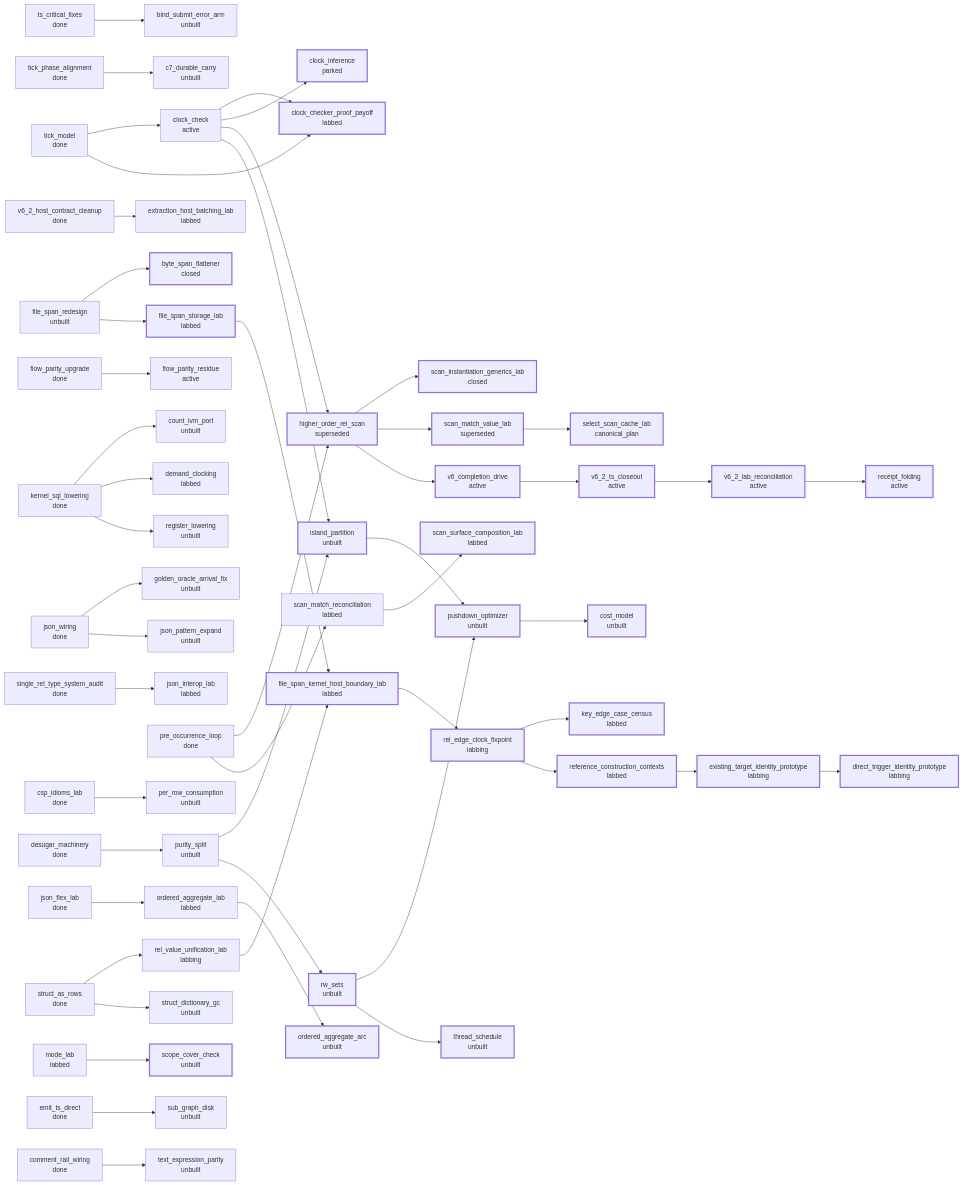
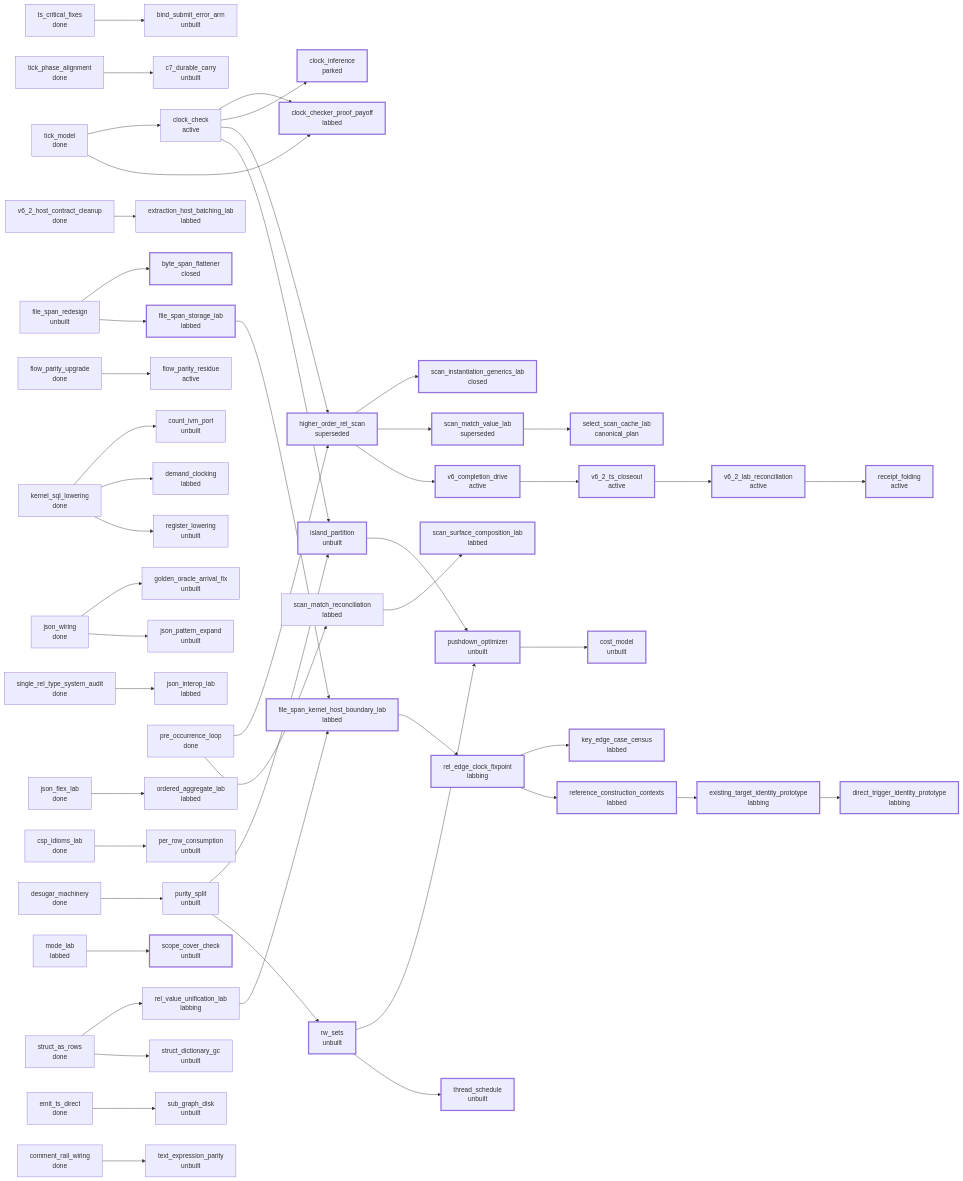
Before and after one commit to hafley66/sprefa: the third of 4 diagrams in v6/ARCH-MAP.md, drawn with Mermaid. The commit also changed other lines of this file and 6 other files, not shown here.

Commit message:
ordered-aggregate arc closed: ledger + ARCH done row, compile-speed baseline (golden grew), justfile expects 182, self-map regenerated

```diff
--- a/v6/ARCH-MAP.md
+++ b/v6/ARCH-MAP.md
@@ -190,7 +194,6 @@
   t_kernel_sql_lowering["kernel_sql_lowering<br/>done"]
   t_key_edge_case_census["key_edge_case_census<br/>labbed"]
   t_mode_lab["mode_lab<br/>labbed"]
-  t_ordered_aggregate_arc["ordered_aggregate_arc<br/>unbuilt"]
   t_ordered_aggregate_lab["ordered_aggregate_lab<br/>labbed"]
   t_per_row_consumption["per_row_consumption<br/>unbuilt"]
   t_pre_occurrence_loop["pre_occurrence_loop<br/>done"]
@@ -246,7 +249,6 @@
   t_kernel_sql_lowering --> t_demand_clocking
   t_kernel_sql_lowering --> t_register_lowering
   t_mode_lab --> t_scope_cover_check
-  t_ordered_aggregate_lab --> t_ordered_aggregate_arc
   t_pre_occurrence_loop --> t_higher_order_rel_scan
   t_pre_occurrence_loop --> t_scan_match_reconciliation
   t_purity_split --> t_island_partition
@@ -283,7 +285,6 @@
   class t_higher_order_rel_scan blocked
   class t_island_partition blocked
   class t_key_edge_case_census blocked
-  class t_ordered_aggregate_arc blocked
   class t_pushdown_optimizer blocked
   class t_receipt_folding blocked
   class t_reference_construction_contexts blocked
```
